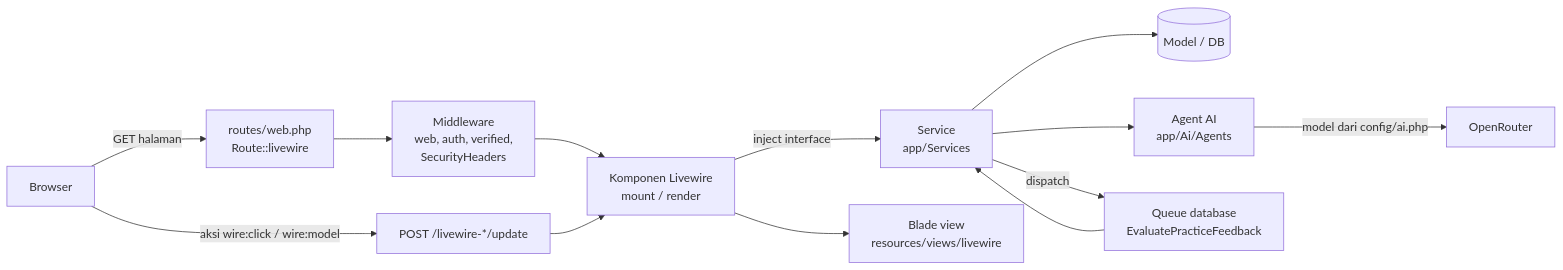
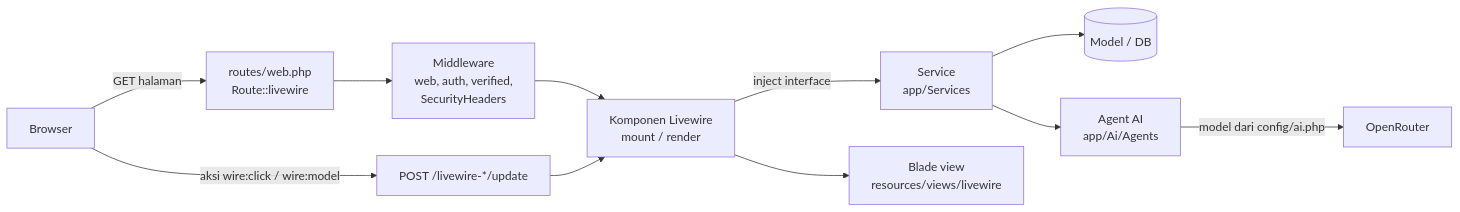
One commit to skularship/skular changed the first of 4 diagrams in docs/architecture.md. Above: the diagram before and after it, drawn with Mermaid. The commit also changed other lines of this file and 16 other files, not shown here.

````diff
--- a/docs/architecture.md
+++ b/docs/architecture.md
@@ -16,15 +16,13 @@
 ```mermaid
 flowchart LR
     B[Browser] -->|GET halaman| R[routes/web.php<br/>Route::livewire]
     R --> MW[Middleware<br/>web, auth, verified,<br/>SecurityHeaders]
     MW --> LC[Komponen Livewire<br/>mount / render]
     LC -->|inject interface| S[Service<br/>app/Services]
     S --> M[(Model / DB)]
     S --> AI[Agent AI<br/>app/Ai/Agents]
     AI -->|model dari config/ai.php| OR[OpenRouter]
     LC --> V[Blade view<br/>resources/views/livewire]
     B -->|aksi wire:click / wire:model| LW[POST /livewire-*/update]
     LW --> LC
-    S -->|dispatch| Q[Queue database<br/>EvaluatePracticeFeedback]
-    Q --> S
 ```
````
